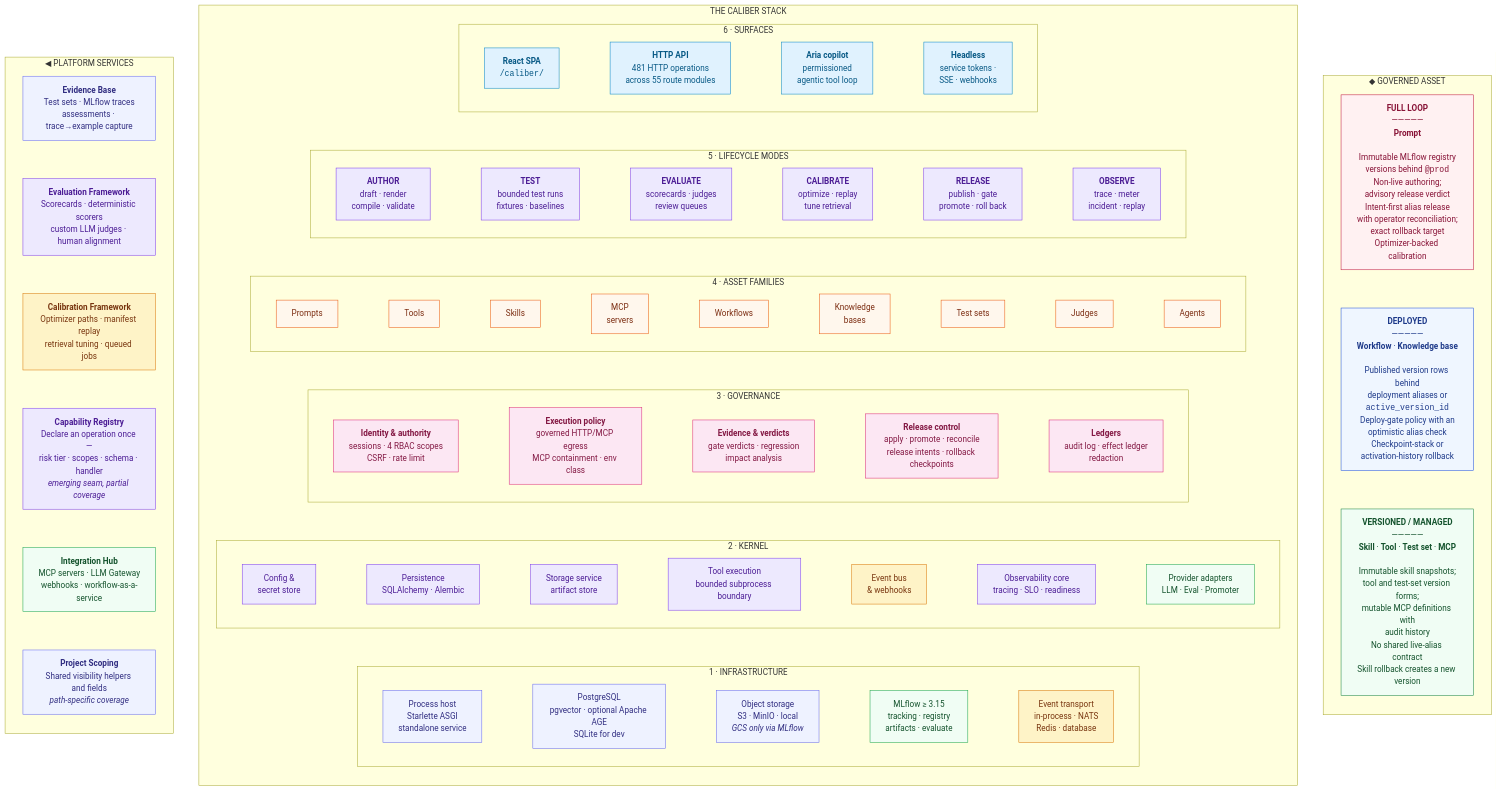
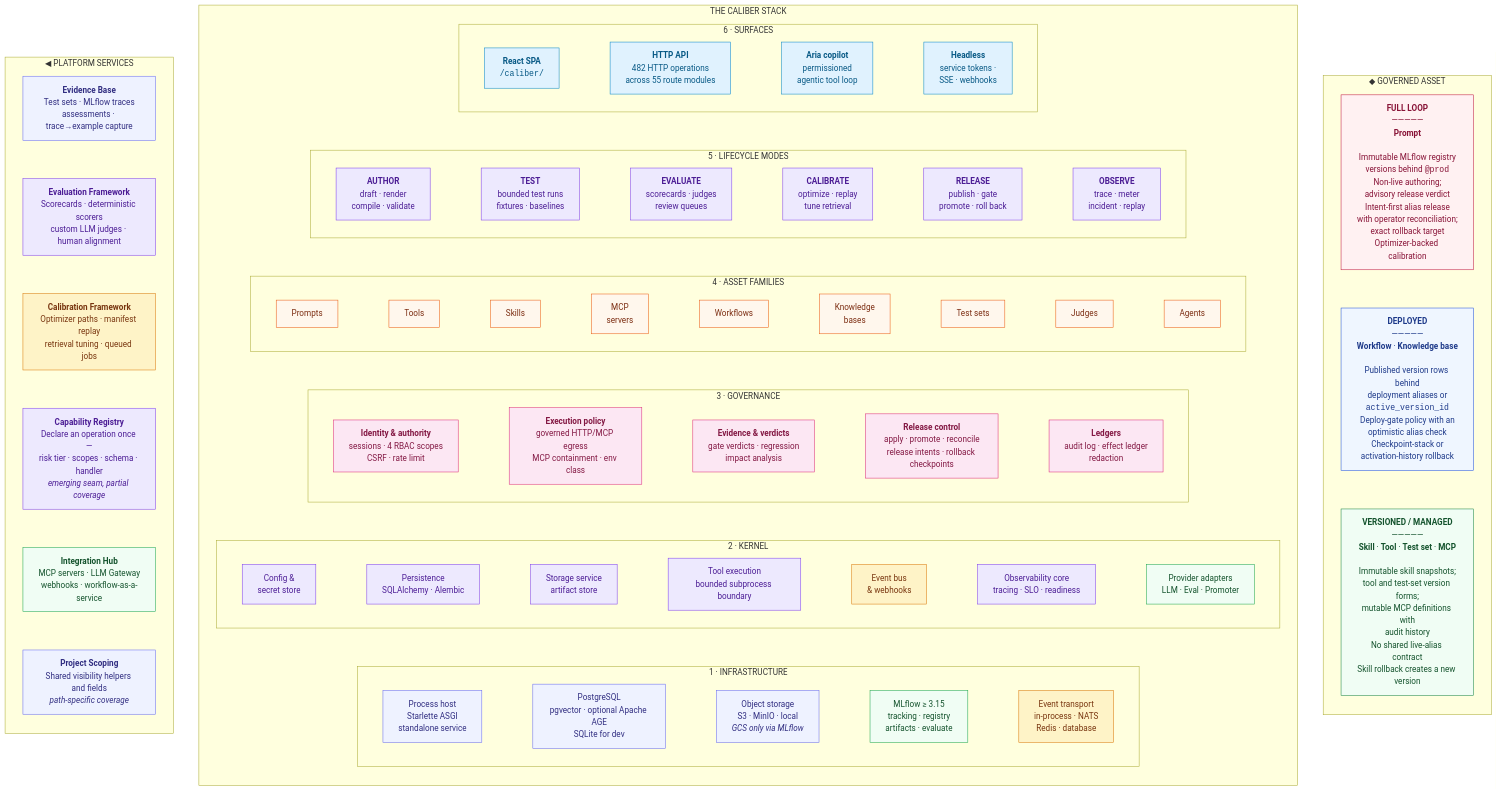
One commit to rrahimi-uci/caliber-suite changed the first of 8 diagrams in ARCHITECTURE.md. Above: the diagram before and after it, drawn with Mermaid. The commit also changed 40 other files, not shown here.

```diff
--- a/ARCHITECTURE.md
+++ b/ARCHITECTURE.md
@@ -105,7 +105,7 @@
     subgraph L6["6 · SURFACES"]
       direction LR
       s1["<b>React SPA</b><br/><code>/caliber/</code>"]:::ui
-      s2["<b>HTTP API</b><br/>481 HTTP operations<br/>across 55 route modules"]:::ui
+      s2["<b>HTTP API</b><br/>482 HTTP operations<br/>across 55 route modules"]:::ui
       s3["<b>Aria copilot</b><br/>permissioned<br/>agentic tool loop"]:::ui
       s4["<b>Headless</b><br/>service tokens ·<br/>SSE · webhooks"]:::ui
       s1 --- s2 --- s3 --- s4
```
